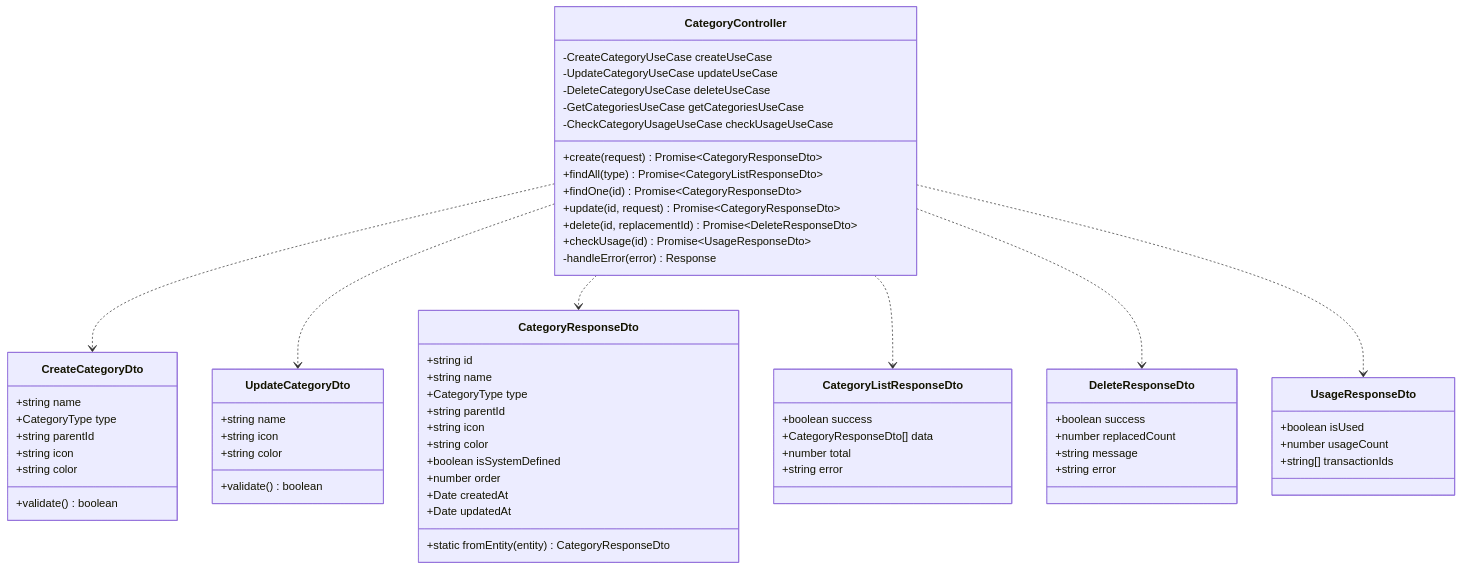
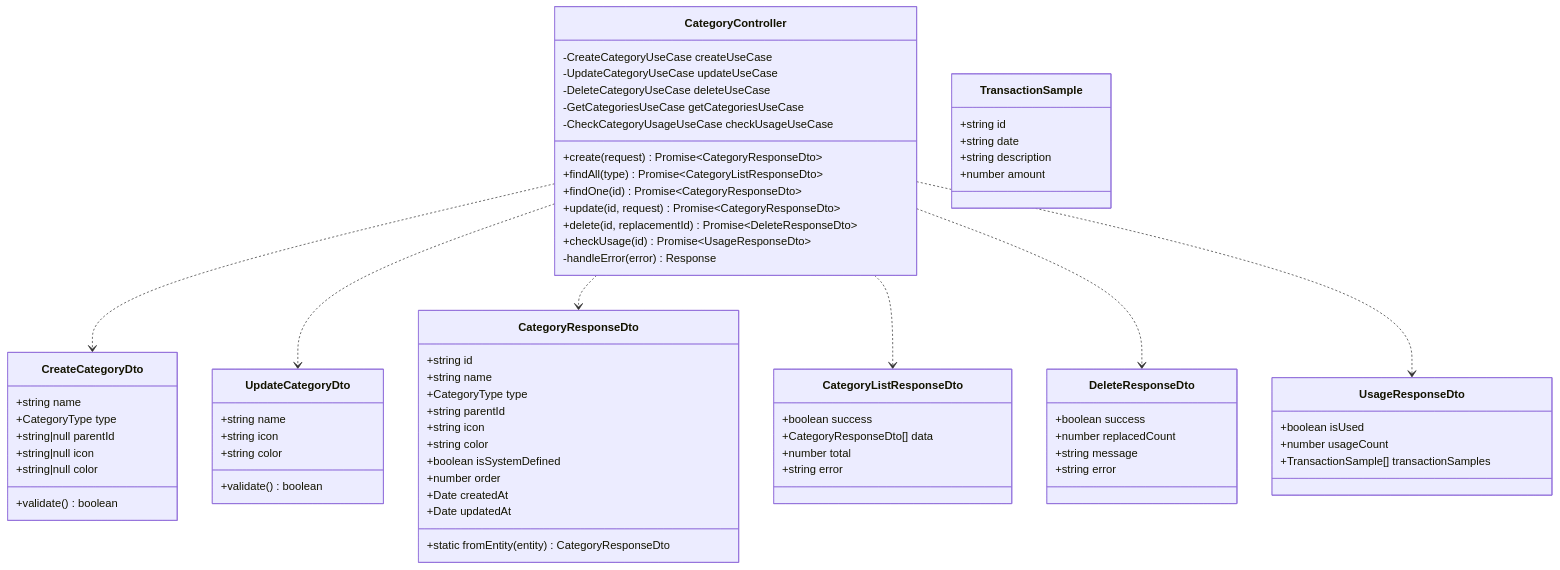
One commit to kencom2400/account-book changed the seventh of 10 diagrams in docs/detailed-design/FR-011_category-crud/class-diagrams.md. Above: the diagram before and after it, drawn with Mermaid. The commit also changed other lines of this file and 1 other file, not shown here.

Commit message:
docs: improve usage API to return transaction sample details
- transactionIds を transactionSamples に変更
- TransactionSample 型を追加（id, date, description, amount）
- N+1問題を回避し、UI表示に必要な情報を1回のAPI呼び出しで取得
- 削除確認ダイアログで取引サンプルを直接表示可能に

Resolves Gemini Code Assist review comment (High Priority)

````diff
--- a/docs/detailed-design/FR-011_category-crud/class-diagrams.md
+++ b/docs/detailed-design/FR-011_category-crud/class-diagrams.md
@@ -422,74 +426,81 @@
 ```mermaid
 classDiagram
     class CategoryController {
         -CreateCategoryUseCase createUseCase
         -UpdateCategoryUseCase updateUseCase
         -DeleteCategoryUseCase deleteUseCase
         -GetCategoriesUseCase getCategoriesUseCase
         -CheckCategoryUsageUseCase checkUsageUseCase
         +create(request) Promise~CategoryResponseDto~
         +findAll(type) Promise~CategoryListResponseDto~
         +findOne(id) Promise~CategoryResponseDto~
         +update(id, request) Promise~CategoryResponseDto~
         +delete(id, replacementId) Promise~DeleteResponseDto~
         +checkUsage(id) Promise~UsageResponseDto~
         -handleError(error) Response
     }
 
     class CreateCategoryDto {
         +string name
         +CategoryType type
-        +string parentId
-        +string icon
-        +string color
+        +string|null parentId
+        +string|null icon
+        +string|null color
         +validate() boolean
     }
 
     class UpdateCategoryDto {
         +string name
         +string icon
         +string color
         +validate() boolean
     }
 
     class CategoryResponseDto {
         +string id
         +string name
         +CategoryType type
         +string parentId
         +string icon
         +string color
         +boolean isSystemDefined
         +number order
         +Date createdAt
         +Date updatedAt
         +static fromEntity(entity) CategoryResponseDto
     }
 
     class CategoryListResponseDto {
         +boolean success
         +CategoryResponseDto[] data
         +number total
         +string error
     }
 
     class DeleteResponseDto {
         +boolean success
         +number replacedCount
         +string message
         +string error
     }
 
     class UsageResponseDto {
         +boolean isUsed
         +number usageCount
-        +string[] transactionIds
+        +TransactionSample[] transactionSamples
+    }
+
+    class TransactionSample {
+        +string id
+        +string date
+        +string description
+        +number amount
     }
 
     CategoryController ..> CreateCategoryDto
     CategoryController ..> UpdateCategoryDto
     CategoryController ..> CategoryResponseDto
     CategoryController ..> CategoryListResponseDto
     CategoryController ..> DeleteResponseDto
     CategoryController ..> UsageResponseDto
 ```
````
